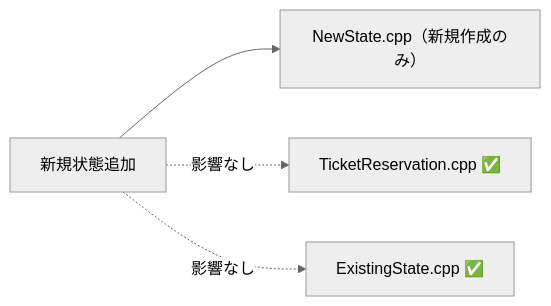
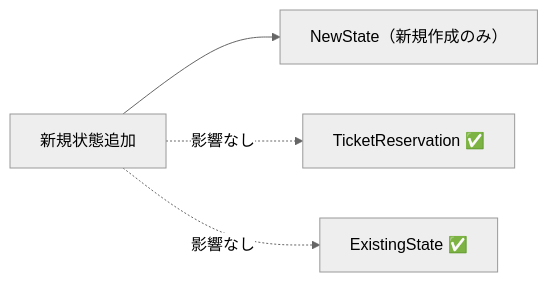
Before and after one commit to kumachan1101-pixel/DesignPattern: the fifth of 7 diagrams in kindle/design-patterns/output/chapter03.md, drawn with Mermaid (neutral theme). The commit also changed other lines of this file and 8 other files, not shown here.

````diff
--- a/kindle/design-patterns/output/chapter03.md
+++ b/kindle/design-patterns/output/chapter03.md
@@ -858,6 +856,6 @@
 ```mermaid
 graph LR
-    T1["新規状態追加"] --> F1["NewState.cpp（新規作成のみ）"]
-    T1 -. "影響なし" .-> A["TicketReservation.cpp ✅"]
-    T1 -. "影響なし" .-> B["ExistingState.cpp ✅"]
+    T1["新規状態追加"] --> F1["NewState（新規作成のみ）"]
+    T1 -. "影響なし" .-> A["TicketReservation ✅"]
+    T1 -. "影響なし" .-> B["ExistingState ✅"]
 ```
````
